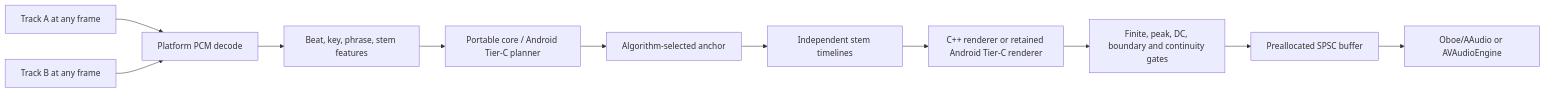
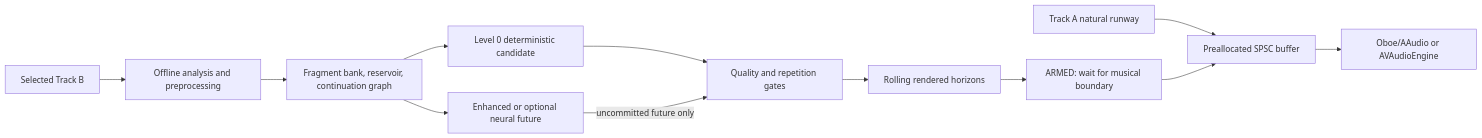
The first of 2 diagrams in README.md (shredELIline/autoremix), drawn with Mermaid before and after one commit. The commit also changed other lines of this file and 20 other files, not shown here.

````diff
--- a/README.md
+++ b/README.md
@@ -58,13 +62,14 @@
 ```mermaid
 flowchart LR
-  A["Track A at any frame"] --> Decode["Platform PCM decode"]
-  B["Track B at any frame"] --> Decode
-  Decode --> Analyze["Beat, key, phrase, stem features"]
-  Analyze --> Plan["Portable core / Android Tier-C planner"]
-  Plan --> Anchor["Algorithm-selected anchor"]
-  Anchor --> Timelines["Independent stem timelines"]
-  Timelines --> Render["C++ renderer or retained Android Tier-C renderer"]
-  Render --> Gate["Finite, peak, DC, boundary and continuity gates"]
-  Gate --> Ring["Preallocated SPSC buffer"]
+  A["Track A natural runway"] --> Ring["Preallocated SPSC buffer"]
+  B["Selected Track B"] --> Analyze["Offline analysis and preprocessing"]
+  Analyze --> Bank["Fragment bank, reservoir, continuation graph"]
+  Bank --> L0["Level 0 deterministic candidate"]
+  Bank --> Future["Enhanced or optional neural future"]
+  L0 --> Gate["Quality and repetition gates"]
+  Future -->|"uncommitted future only"| Gate
+  Gate --> Horizons["Rolling rendered horizons"]
+  Horizons --> Armed["ARMED: wait for musical boundary"]
+  Armed --> Ring
   Ring --> Device["Oboe/AAudio or AVAudioEngine"]
 ```
````
